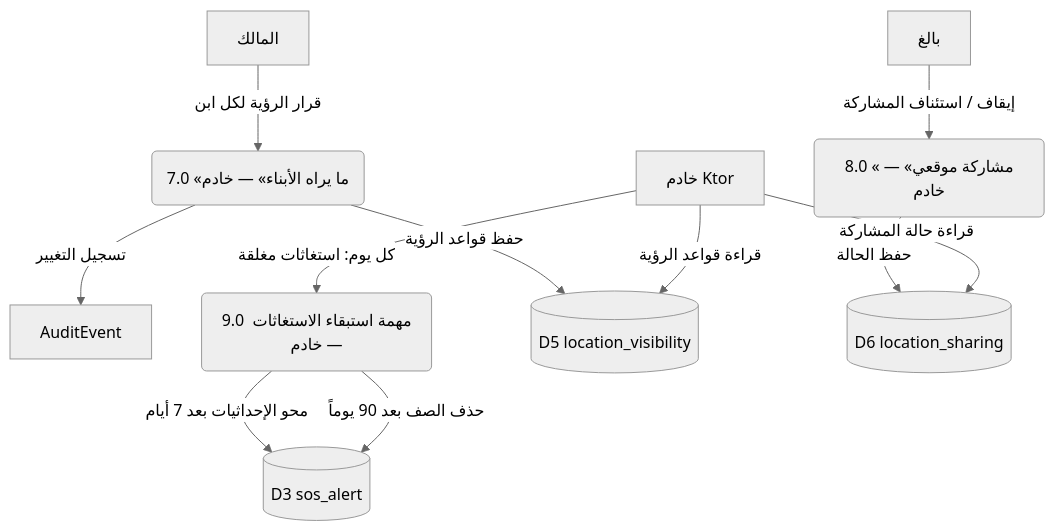
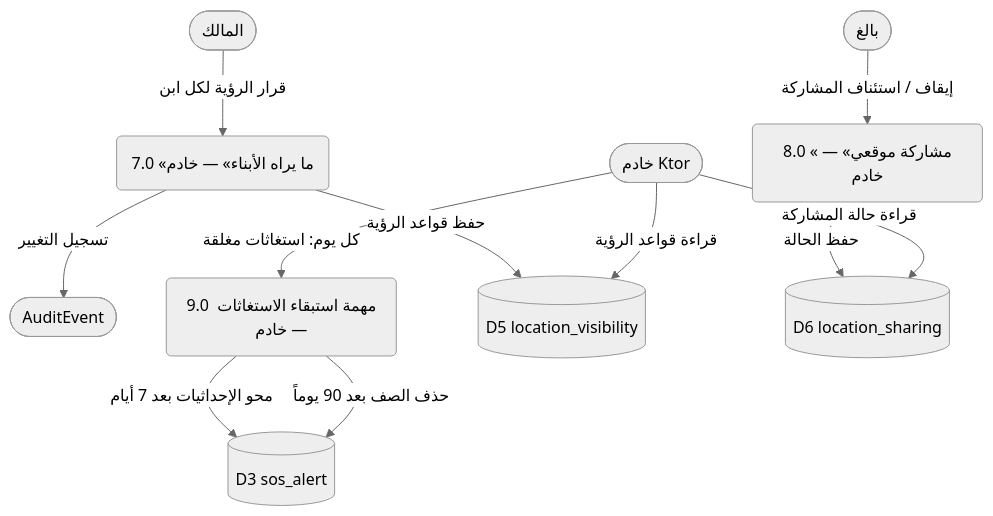
One commit to Bassam-mohammed-alqaeadi/family-os-v2 changed diagram 27 of 30 in docs/family-os/governance/phases/phase-1/S1-07-location-basic/DIAGRAMS.md. Above: the diagram before and after it, drawn with Mermaid (neutral theme). The commit also changed other lines of this file, not shown here.

````diff
--- a/docs/family-os/governance/phases/phase-1/S1-07-location-basic/DIAGRAMS.md
+++ b/docs/family-os/governance/phases/phase-1/S1-07-location-basic/DIAGRAMS.md
@@ -911,24 +911,24 @@
 ```mermaid
 flowchart TD
-    Father[المالك]
-    Adult2[بالغ]
-    Ktor[خادم Ktor]
-    Audit[AuditEvent]
+    Father([المالك])
+    Adult2([بالغ])
+    Ktor([خادم Ktor])
+    Audit([AuditEvent])
     P7(7.0 «ما يراه الأبناء» — خادم)
     P8(8.0 «مشاركة موقعي» — خادم)
     P9(9.0 مهمة استبقاء الاستغاثات — خادم)
     D3[(D3 sos_alert)]
     D5[(D5 location_visibility)]
     D6[(D6 location_sharing)]
 
     Father -->|قرار الرؤية لكل ابن| P7
     P7 -->|حفظ قواعد الرؤية| D5
     P7 -->|تسجيل التغيير| Audit
     Ktor -->|قراءة قواعد الرؤية| D5
     Adult2 -->|إيقاف / استئناف المشاركة| P8
     P8 -->|حفظ الحالة| D6
     Ktor -->|قراءة حالة المشاركة| D6
     Ktor -->|كل يوم: استغاثات مغلقة| P9
     P9 -->|محو الإحداثيات بعد 7 أيام| D3
     P9 -->|حذف الصف بعد 90 يوماً| D3
 ```
````
